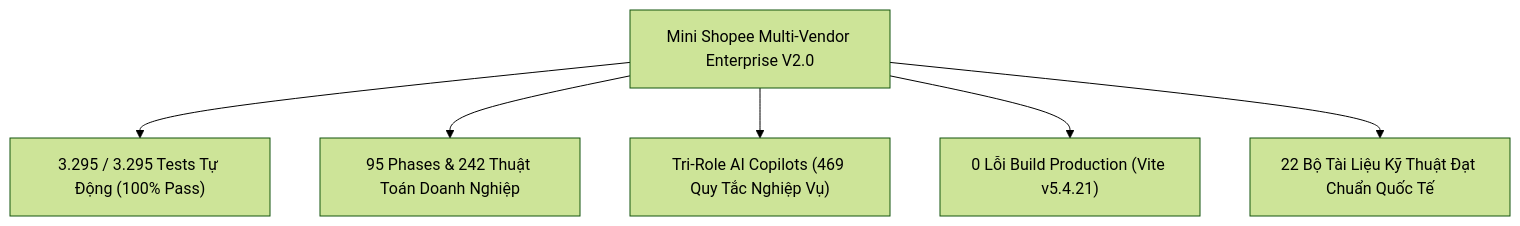
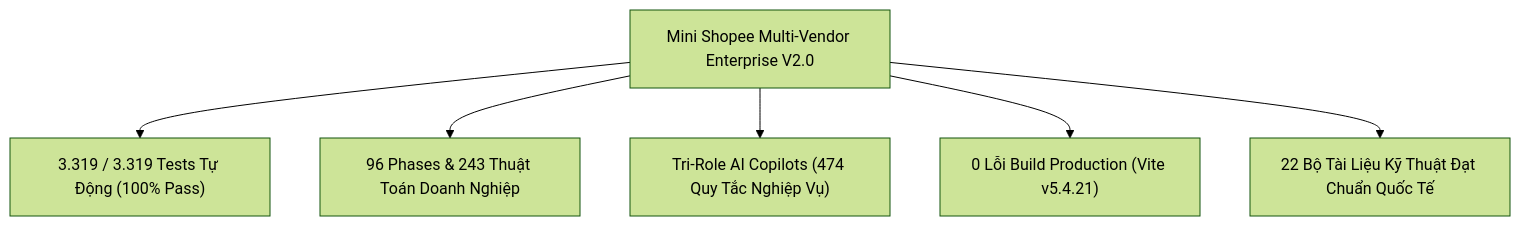
Before and after one commit to JiaysTM17/Fullstack-Ecommerce: the first of 2 diagrams in docs/DANH_MUC_HO_SO_BAN_GIAO_VA_TONG_QUAN_DU_AN.md, drawn with Mermaid (forest theme). The commit also changed other lines of this file and 10 other files, not shown here.

````diff
--- a/docs/DANH_MUC_HO_SO_BAN_GIAO_VA_TONG_QUAN_DU_AN.md
+++ b/docs/DANH_MUC_HO_SO_BAN_GIAO_VA_TONG_QUAN_DU_AN.md
@@ -21,9 +21,9 @@
 ```mermaid
 graph TD
     System["Mini Shopee Multi-Vendor Enterprise V2.0"]
-    System --> Stat1["3.295 / 3.295 Tests Tự Động (100% Pass)"]
-    System --> Stat2["95 Phases & 242 Thuật Toán Doanh Nghiệp"]
-    System --> Stat3["Tri-Role AI Copilots (469 Quy Tắc Nghiệp Vụ)"]
+    System --> Stat1["3.319 / 3.319 Tests Tự Động (100% Pass)"]
+    System --> Stat2["96 Phases & 243 Thuật Toán Doanh Nghiệp"]
+    System --> Stat3["Tri-Role AI Copilots (474 Quy Tắc Nghiệp Vụ)"]
     System --> Stat4["0 Lỗi Build Production (Vite v5.4.21)"]
     System --> Stat5["22 Bộ Tài Liệu Kỹ Thuật Đạt Chuẩn Quốc Tế"]
 ```
````
